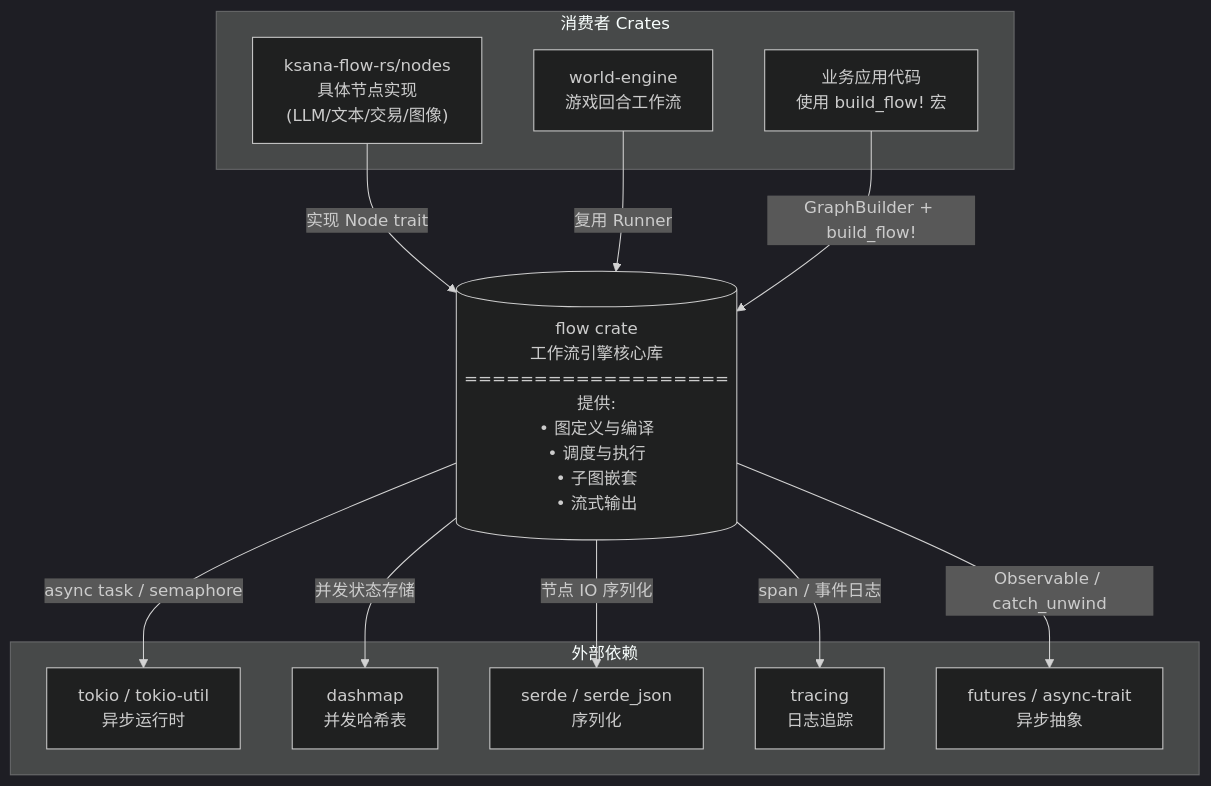
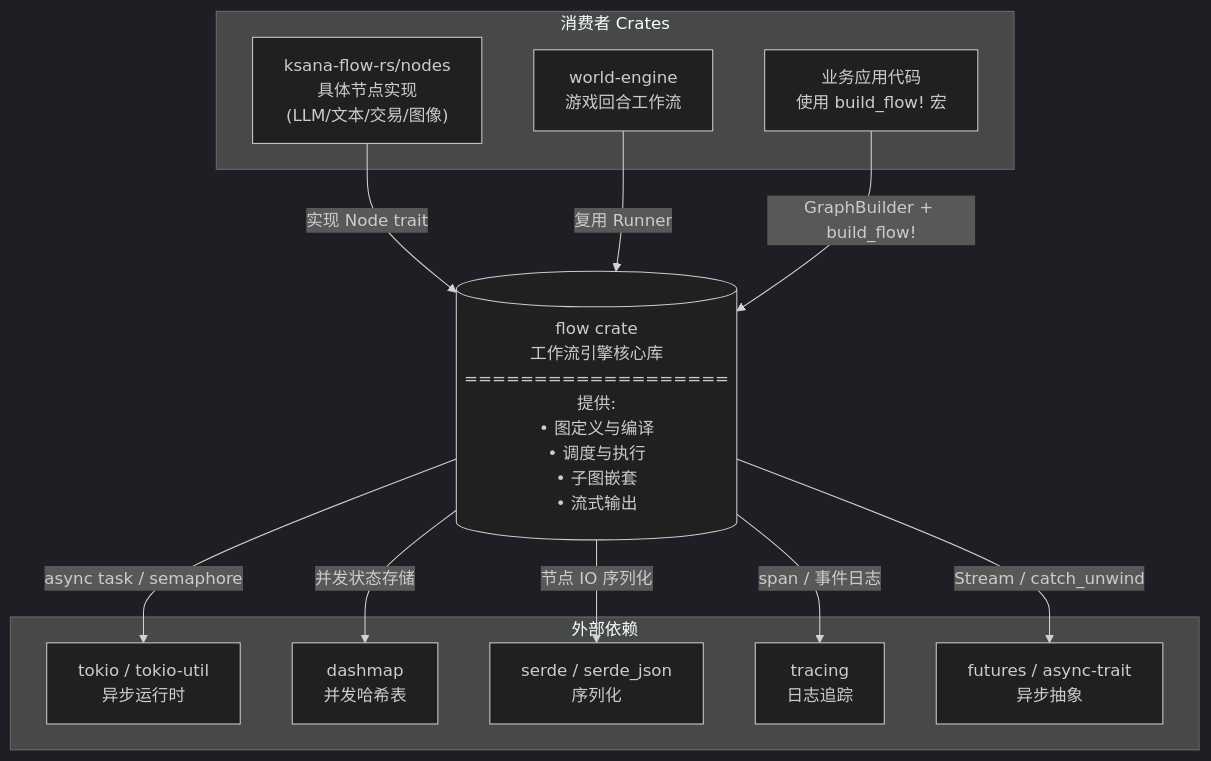
Before and after one commit to lzcers/ksana-flow-rs: the first of 7 diagrams in flow/ARCHITECTURE.md, drawn with Mermaid (dark theme). The commit also changed other lines of this file and 25 other files, not shown here.

````diff
--- a/flow/ARCHITECTURE.md
+++ b/flow/ARCHITECTURE.md
@@ -11,31 +11,31 @@
 ```mermaid
 flowchart TB
     %% External Users
     subgraph "消费者 Crates"
         Nodes["ksana-flow-rs/nodes<br/>具体节点实现<br/>(LLM/文本/交易/图像)"]
         WorldEngine["world-engine<br/>游戏回合工作流"]
         App["业务应用代码<br/>使用 build_flow! 宏"]
     end
 
     %% The System
     Flow[("flow crate<br/>工作流引擎核心库<br/>===================<br/>提供:<br/>• 图定义与编译<br/>• 调度与执行<br/>• 子图嵌套<br/>• 流式输出")]
 
     %% External Dependencies
     subgraph "外部依赖"
         Tokio["tokio / tokio-util<br/>异步运行时"]
         DashMap["dashmap<br/>并发哈希表"]
         Serde["serde / serde_json<br/>序列化"]
         Tracing["tracing<br/>日志追踪"]
         Futures["futures / async-trait<br/>异步抽象"]
     end
 
     Nodes -->|实现 Node trait| Flow
     WorldEngine -->|复用 Runner| Flow
     App -->|GraphBuilder + build_flow!| Flow
 
     Flow -->|async task / semaphore| Tokio
     Flow -->|并发状态存储| DashMap
     Flow -->|节点 IO 序列化| Serde
     Flow -->|span / 事件日志| Tracing
-    Flow -->|Observable / catch_unwind| Futures
+    Flow -->|Stream / catch_unwind| Futures
 ```
````
